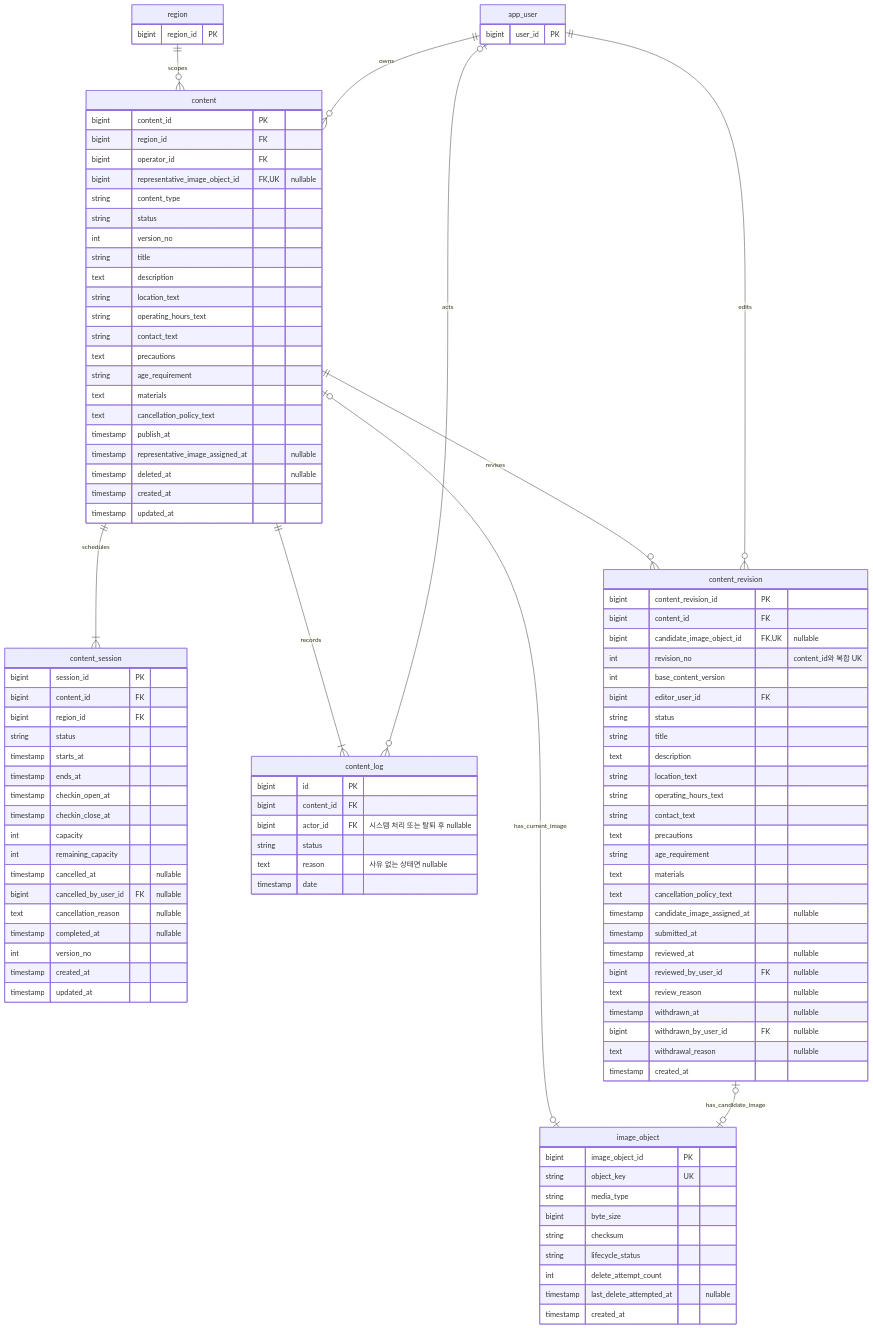
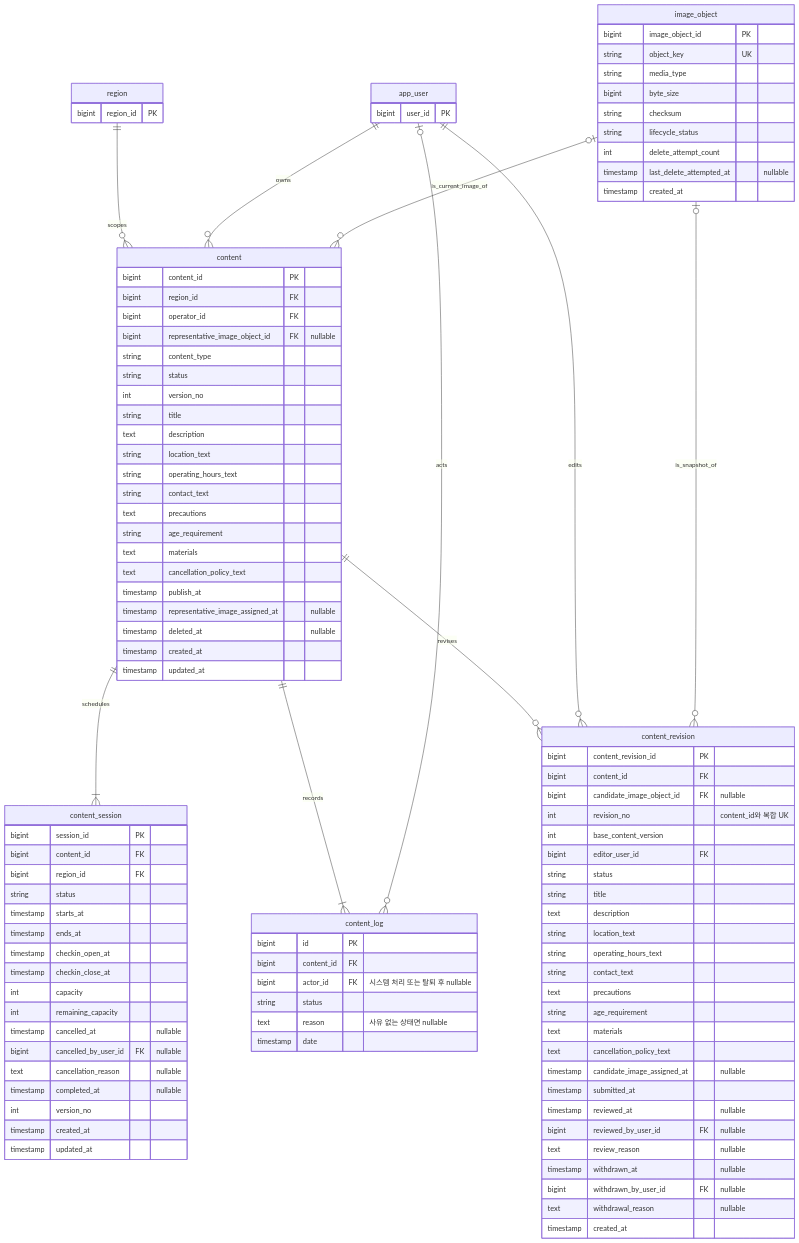
One commit to Gimhae-Yay/Regional-Event-Platform-Backend changed the third of 5 diagrams in docs/erd.md. Above: the diagram before and after it, drawn with Mermaid. The commit also changed other lines of this file and 1 other file, not shown here.

````diff
--- a/docs/erd.md
+++ b/docs/erd.md
@@ -285,7 +285,7 @@
         bigint content_id PK
         bigint region_id FK
         bigint operator_id FK
-        bigint representative_image_object_id FK, UK "nullable"
+        bigint representative_image_object_id FK "nullable"
         string content_type
         string status
         int version_no
@@ -337,7 +337,7 @@
     content_revision {
         bigint content_revision_id PK
         bigint content_id FK
-        bigint candidate_image_object_id FK, UK "nullable"
+        bigint candidate_image_object_id FK "nullable"
         int revision_no "content_id와 복합 UK"
         int base_content_version
         bigint editor_user_id FK
@@ -381,6 +381,6 @@
     app_user o|--o{ content_log : acts
     content ||--o{ content_revision : revises
     app_user ||--o{ content_revision : edits
-    content o|--o| image_object : has_current_image
-    content_revision o|--o| image_object : has_candidate_image
+    image_object o|--o{ content : is_current_image_of
+    image_object o|--o{ content_revision : is_snapshot_of
 ```
````
